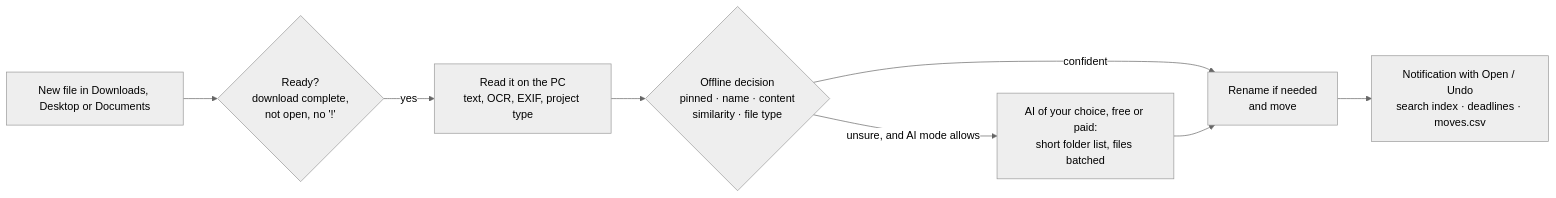
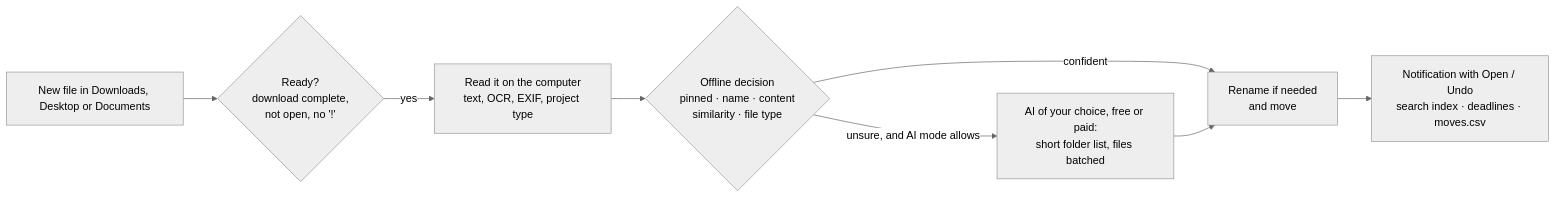
Before and after one commit to davide0707/desktidy: the diagram in README.md, drawn with Mermaid (neutral theme). The commit also changed other lines of this file and 49 other files, not shown here.

````diff
--- a/README.md
+++ b/README.md
@@ -103,10 +168,10 @@
 ```mermaid
 flowchart LR
     A[New file in Downloads, Desktop or Documents] --> B{Ready?<br/>download complete,<br/>not open, no '!'}
-    B -- yes --> C[Read it on the PC<br/>text, OCR, EXIF, project type]
+    B -- yes --> C[Read it on the computer<br/>text, OCR, EXIF, project type]
     C --> D{Offline decision<br/>pinned · name · content<br/>similarity · file type}
     D -- confident --> F[Rename if needed<br/>and move]
     D -- unsure, and AI mode allows --> E[AI of your choice, free or paid:<br/>short folder list, files batched]
     E --> F
     F --> G[Notification with Open / Undo<br/>search index · deadlines · moves.csv]
 ```
````
